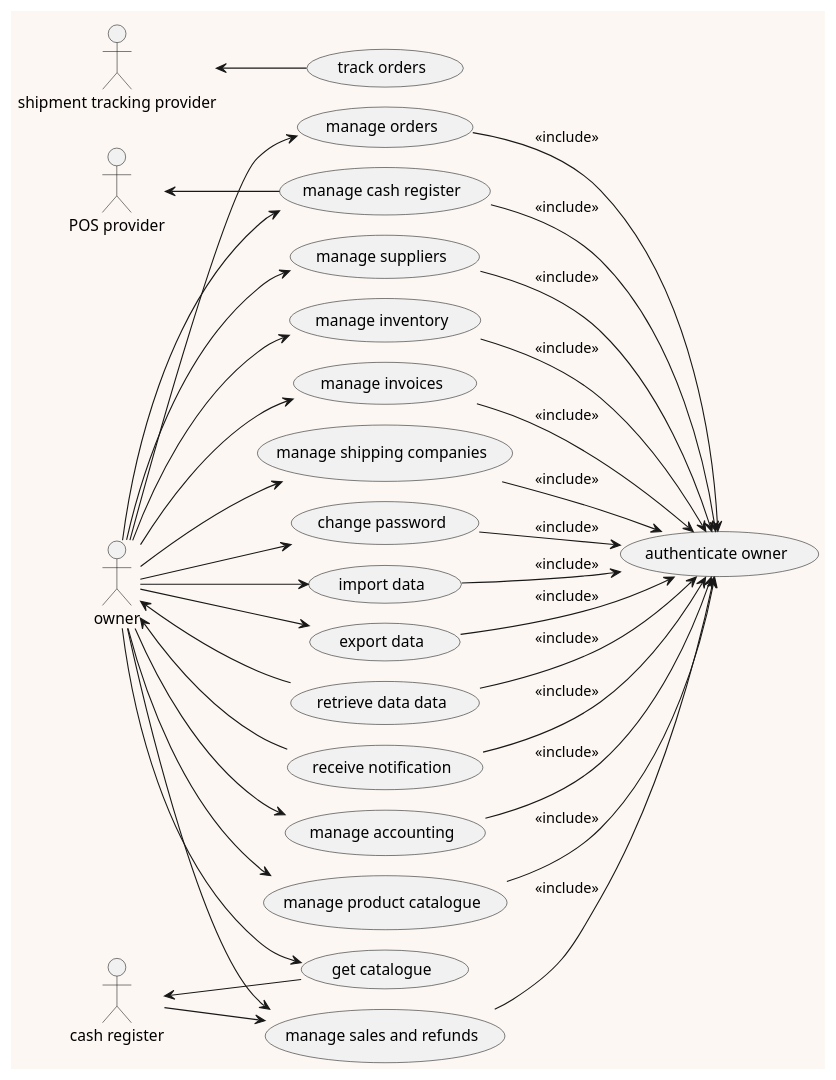
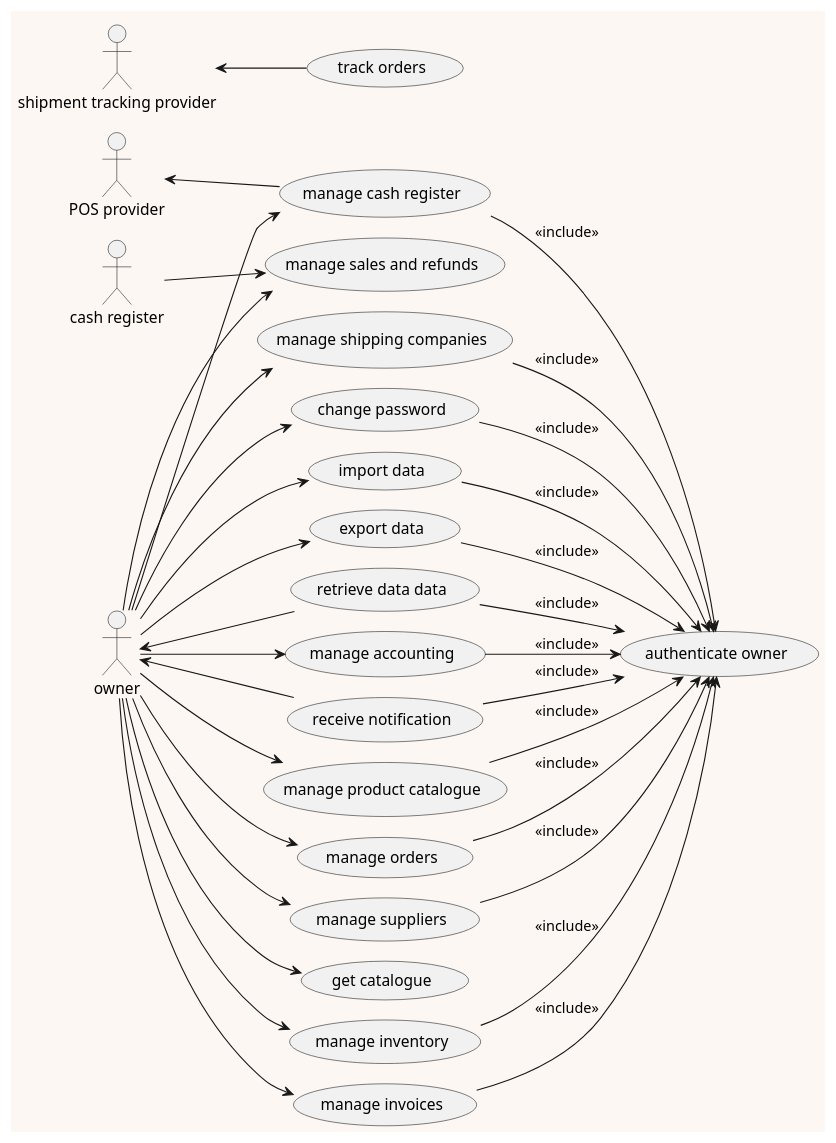
The third of 4 diagrams in res/plantuml/diagrams.md (Giuseppeclv008/Project), drawn with PlantUML before and after one commit. The commit also changed 1 other file, not shown here.

Commit message:
fix: addressed rewiever's concerns

````diff
--- a/res/plantuml/diagrams.md
+++ b/res/plantuml/diagrams.md
@@ -187,78 +187,76 @@
 ```plantuml
 @startuml usecaseDiagram
 left to right direction 
 !pragma layout smetana
 skinparam backgroundColor #fcf7f2
 
 usecase "manage accounting" as mnga
 usecase "manage product catalogue" as mngc
 usecase "manage orders" as mngo
 usecase "manage suppliers" as mngs
 usecase "manage cash register" as mngcs
 usecase "manage inventory" as mngiv
 usecase "manage invoices" as mngio
 usecase "manage shipping companies" as mngsc
 usecase "manage sales and refunds" as mngsr
 
 usecase "get catalogue" as getc
 usecase "track orders" as tracko
 
 usecase "authenticate owner" as auth
 usecase "change password" as password
 
 usecase "import data" as import
 usecase "export data" as export
 usecase "retrieve data data" as retrieve
 
 usecase "receive notification" as notification
 
 
 actor owner
 actor "POS provider" as pos
 actor "cash register" as cs
 actor "shipment tracking provider" as stp
 
 
 owner --> mnga
 owner --> mngc
 owner --> mngo
 owner --> mngs
 owner --> mngcs
 owner --> mngiv
 owner --> mngio
 owner --> mngsc
 owner --> mngsr
 
 owner --> password
 owner --> import
 owner --> export
 owner --> getc
 owner <-- notification
 owner <-- retrieve
 
 mnga --> auth : <<include>>
 mngc --> auth : <<include>>
 mngo --> auth : <<include>>
 mngs --> auth : <<include>>
 mngcs --> auth : <<include>>
 mngiv --> auth : <<include>>
 mngio --> auth : <<include>>
 mngsc --> auth : <<include>>
-mngsr --> auth : <<include>>
 export --> auth : <<include>>
 import --> auth : <<include>>
 password --> auth : <<include>>
 notification --> auth : <<include>>
 retrieve --> auth : <<include>>
 
 
 cs --> mngsr
-cs <-- getc
 
 stp <-- tracko
 
 pos <-- mngcs
 
 @enduml
 
 ```
````
